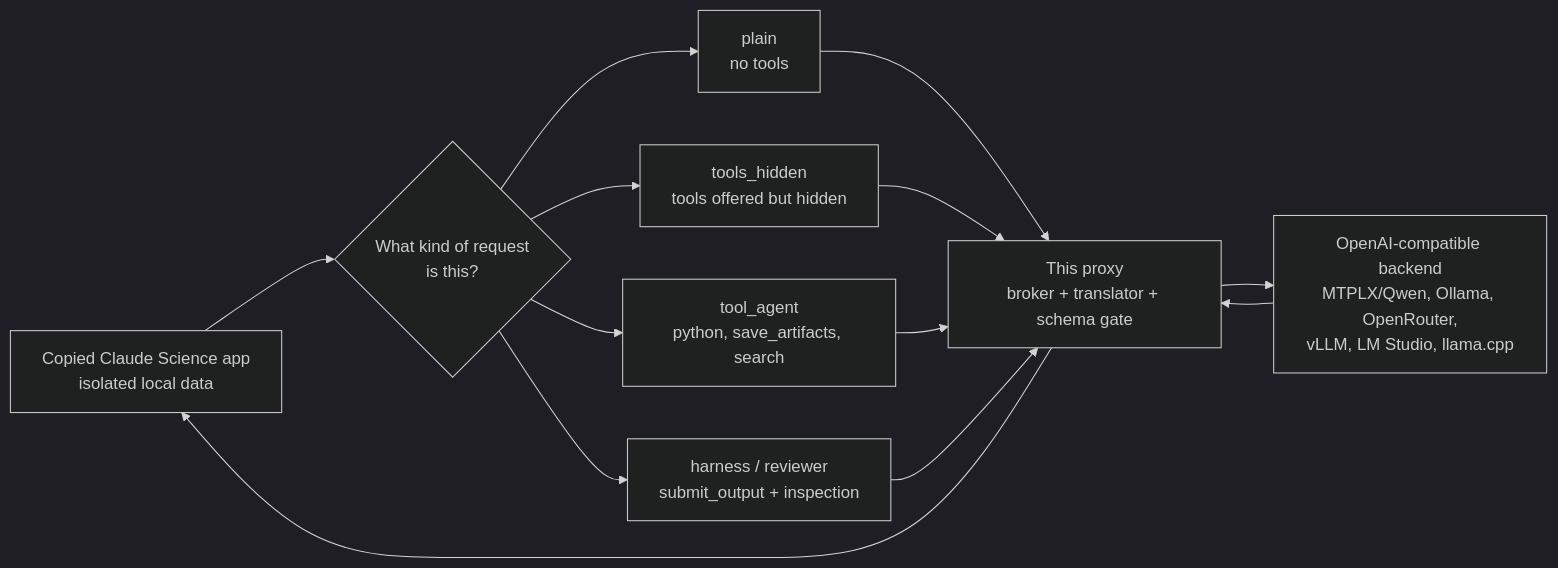
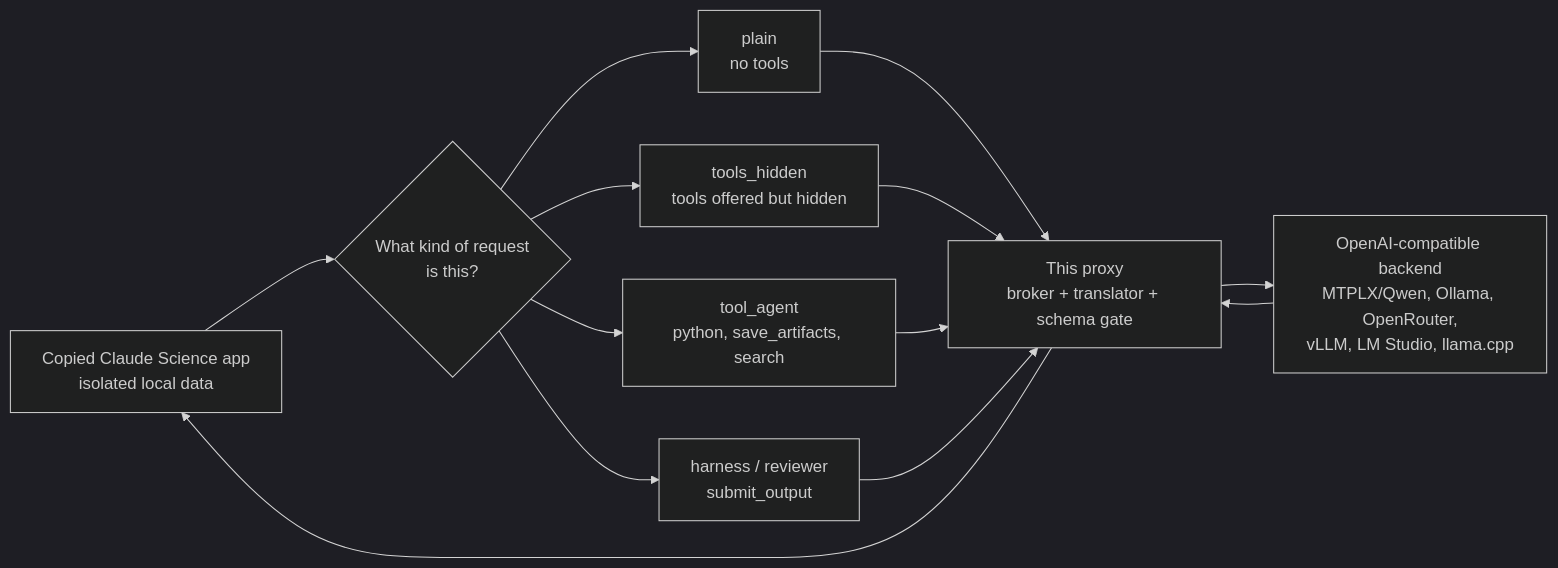
Before and after one commit to alexvnesta/claude-science-local-model-lab: the diagram in docs/why-this-proxy.md, drawn with Mermaid (dark theme). The commit also changed other lines of this file and 48 other files, not shown here.

````diff
--- a/docs/why-this-proxy.md
+++ b/docs/why-this-proxy.md
@@ -24,18 +24,18 @@
 ```mermaid
 flowchart LR
   app["Copied Claude Science app\nisolated local data"] --> classify{"What kind of request\nis this?"}
 
   classify --> plain["plain\nno tools"]
   classify --> hidden["tools_hidden\ntools offered but hidden"]
   classify --> tool["tool_agent\npython, save_artifacts, search"]
-  classify --> reviewer["harness / reviewer\nsubmit_output + inspection"]
+  classify --> reviewer["harness / reviewer\nsubmit_output"]
 
   plain --> proxy["This proxy\nbroker + translator + schema gate"]
   hidden --> proxy
   tool --> proxy
   reviewer --> proxy
 
   proxy --> provider["OpenAI-compatible backend\nMTPLX/Qwen, Ollama, OpenRouter,\nvLLM, LM Studio, llama.cpp"]
   provider --> proxy
   proxy --> app
 ```
````
